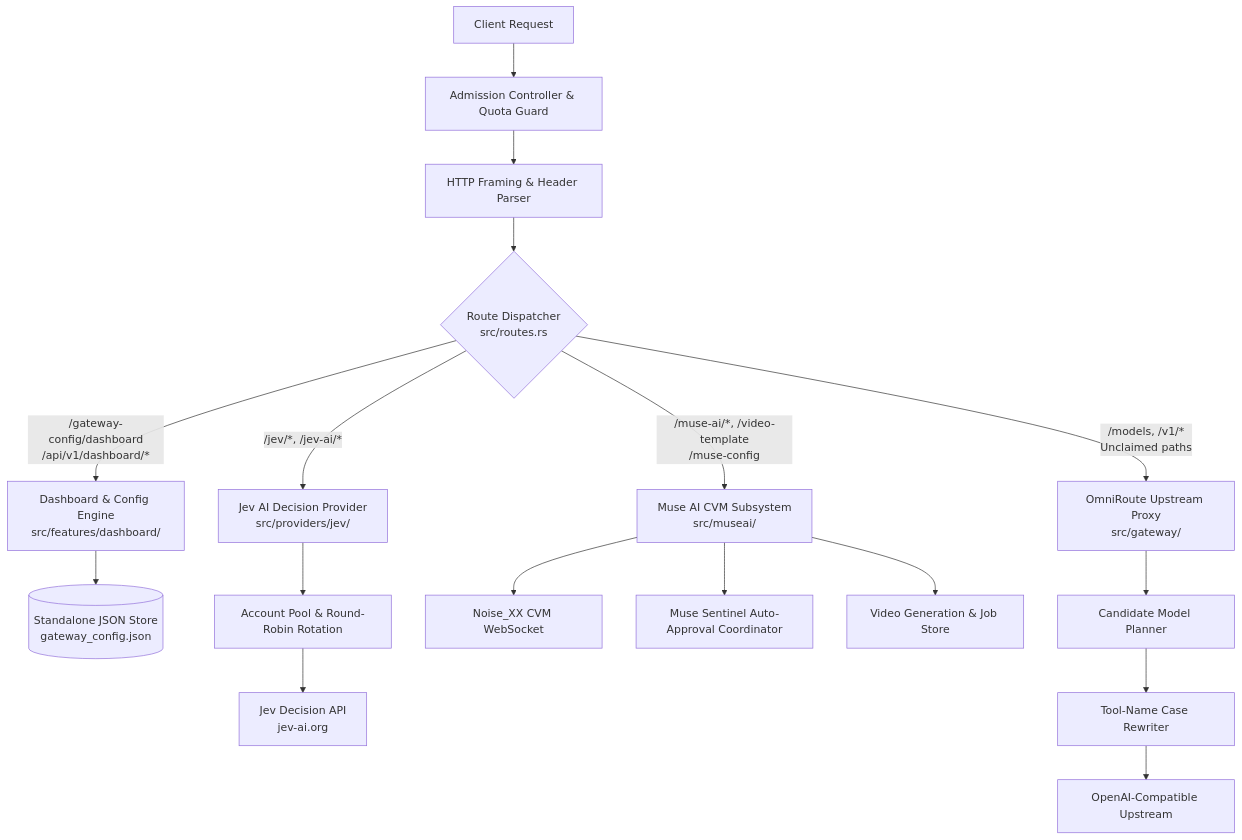
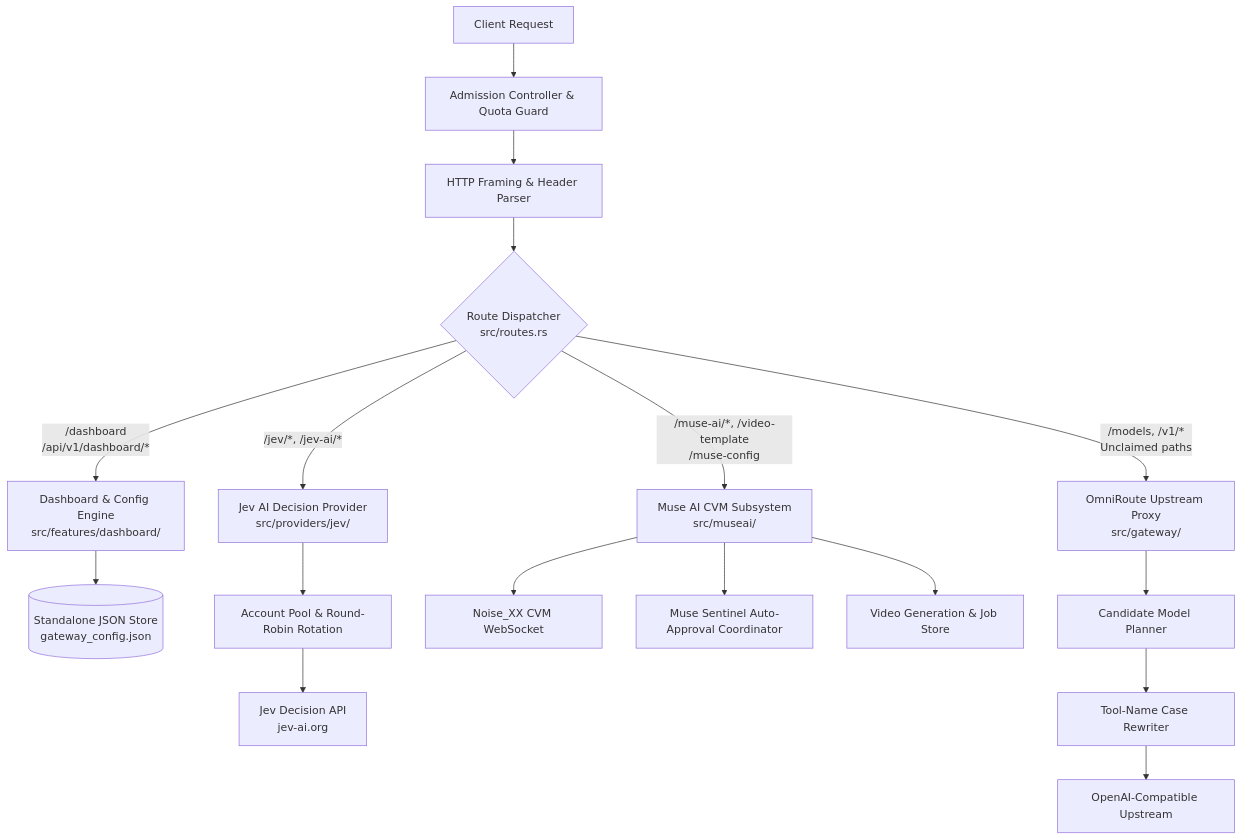
One commit to giauphan/toolcase-gateway changed the diagram in docs/ARCHITECTURE.md. Above: the diagram before and after it, drawn with Mermaid. The commit also changed other lines of this file and 38 other files, not shown here.

````diff
--- a/docs/ARCHITECTURE.md
+++ b/docs/ARCHITECTURE.md
@@ -11,23 +11,23 @@
 ```mermaid
 flowchart TD
     Client[Client Request] --> Adm[Admission Controller & Quota Guard]
     Adm --> Parser[HTTP Framing & Header Parser]
     Parser --> Router{Route Dispatcher\nsrc/routes.rs}
 
-    Router -->|/gateway-config/dashboard\n/api/v1/dashboard/*| Dash[Dashboard & Config Engine\nsrc/features/dashboard/]
+    Router -->|/dashboard\n/api/v1/dashboard/*| Dash[Dashboard & Config Engine\nsrc/features/dashboard/]
     Router -->|/jev/*, /jev-ai/*| Jev[Jev AI Decision Provider\nsrc/providers/jev/]
     Router -->|/muse-ai/*, /video-template\n/muse-config| Muse[Muse AI CVM Subsystem\nsrc/museai/]
     Router -->|/models, /v1/*\nUnclaimed paths| Omni[OmniRoute Upstream Proxy\nsrc/gateway/]
 
     Dash --> Storage[(Standalone JSON Store\ngateway_config.json)]
     Jev --> JevPool[Account Pool & Round-Robin Rotation]
     JevPool --> JevUpstream[Jev Decision API\njev-ai.org]
 
     Muse --> Noise[Noise_XX CVM WebSocket]
     Muse --> Sentinel[Muse Sentinel Auto-Approval Coordinator]
     Muse --> VideoLifecycle[Video Generation & Job Store]
 
     Omni --> Candidates[Candidate Model Planner]
     Candidates --> Rewriter[Tool-Name Case Rewriter]
     Rewriter --> LLMUpstream[OpenAI-Compatible Upstream]
 ```
````
